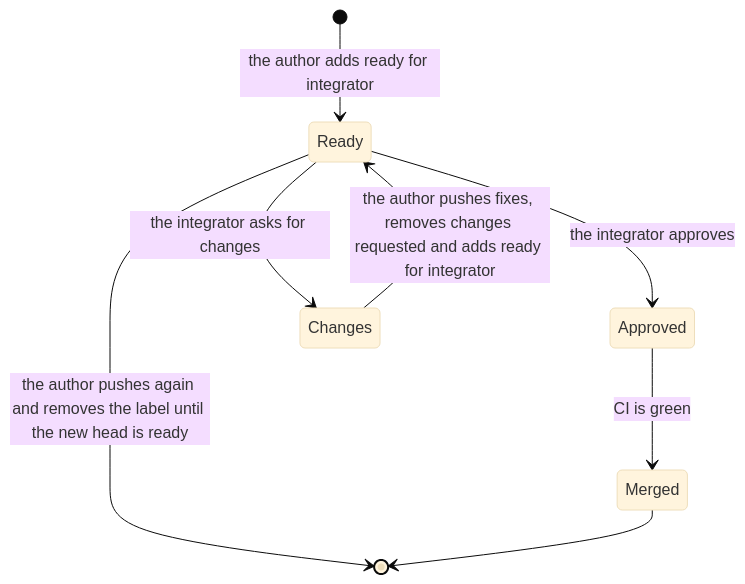
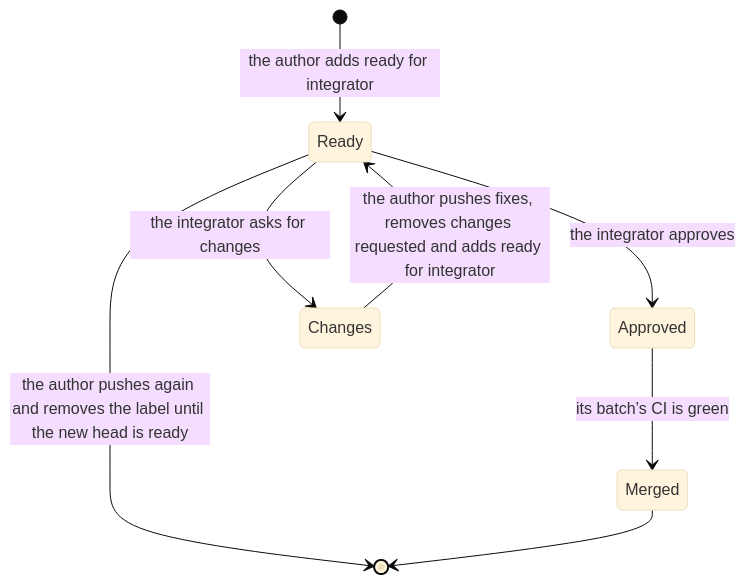
Before and after one commit to HJeon139/postbox: the diagram in CONTRIBUTING.md, drawn with Mermaid (base theme). The commit also changed other lines of this file and 2 other files, not shown here.

First line of the commit message:
docs(review): merge approved pull requests in batches

````diff
--- a/CONTRIBUTING.md
+++ b/CONTRIBUTING.md
@@ -50,10 +50,10 @@
 ```mermaid
 stateDiagram-v2
     [*] --> Ready: the author adds ready for integrator
     Ready --> Approved: the integrator approves
     Ready --> Changes: the integrator asks for changes
     Changes --> Ready: the author pushes fixes, removes changes requested and adds ready for integrator
     Ready --> [*]: the author pushes again and removes the label until the new head is ready
-    Approved --> Merged: CI is green
+    Approved --> Merged: its batch’s CI is green
     Merged --> [*]
 ```
````
